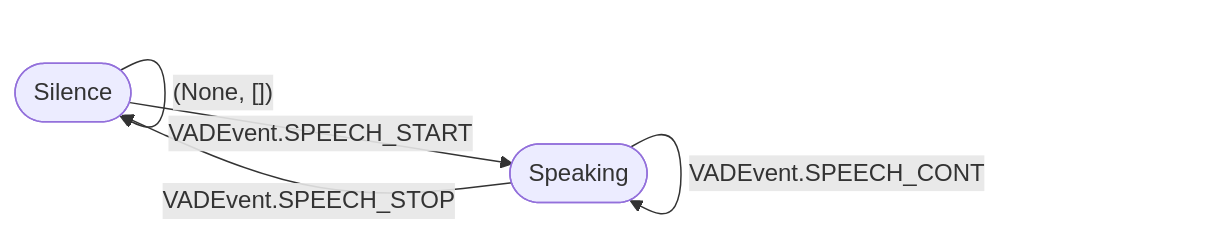
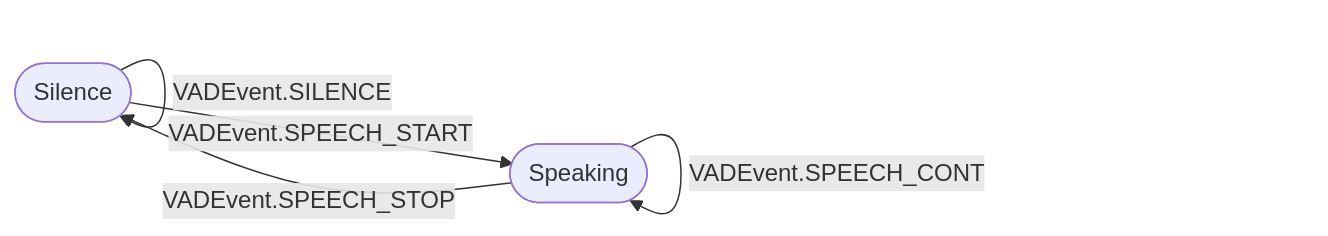
The second of 3 diagrams in susumu_asr_ros/README_modules.md (sato-susumu/susumu_asr_ros), drawn with Mermaid before and after one commit. The commit also changed other lines of this file and 9 other files, not shown here.

First line of the commit message:
None を排除し VADResult / ASRResult / VADEvent.SILENCE を導入

````diff
--- a/susumu_asr_ros/README_modules.md
+++ b/susumu_asr_ros/README_modules.md
@@ -147,10 +149,10 @@
 ```mermaid
 flowchart LR
     S([Silence])
     P([Speaking])
 
-    S -->|"(None, [])"| S
+    S -->|"VADEvent.SILENCE"| S
     S -->|"VADEvent.SPEECH_START"| P
     P -->|"VADEvent.SPEECH_CONT"| P
     P -->|"VADEvent.SPEECH_STOP"| S
 ```
````
